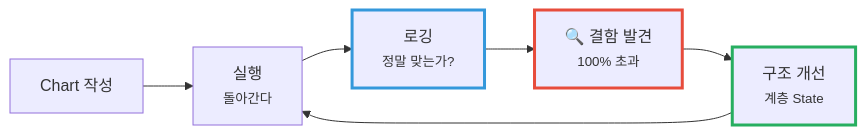
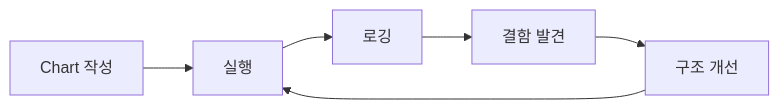
The diagram in _posts/2026-07-14-03-log-and-debug.md (genie4youu/genie4youu.github.io), drawn with Mermaid before and after one commit. The commit also changed other lines of this file and 13 other files, not shown here.

First line of the commit message:
﻿전면 손질: 제목 변경, AI 티 나는 표현 제거, 다이어그램 재작성

````diff
--- a/_posts/2026-07-14-03-log-and-debug.md
+++ b/_posts/2026-07-14-03-log-and-debug.md
@@ -122,12 +72,8 @@
 ```mermaid
 flowchart LR
-    A["Chart 작성"] --> B["실행<br/><small>돌아간다</small>"]
-    B --> C["로깅<br/><small>정말 맞는가?</small>"]
-    C --> D["🔍 결함 발견<br/><small>100% 초과</small>"]
-    D --> E["구조 개선<br/><small>계층 State</small>"]
+    A[Chart 작성] --> B[실행]
+    B --> C[로깅]
+    C --> D[결함 발견]
+    D --> E[구조 개선]
     E --> B
-
-    style C stroke:#3498db,stroke-width:3px
-    style D stroke:#e74c3c,stroke-width:3px
-    style E stroke:#27ae60,stroke-width:3px
 ```
````
